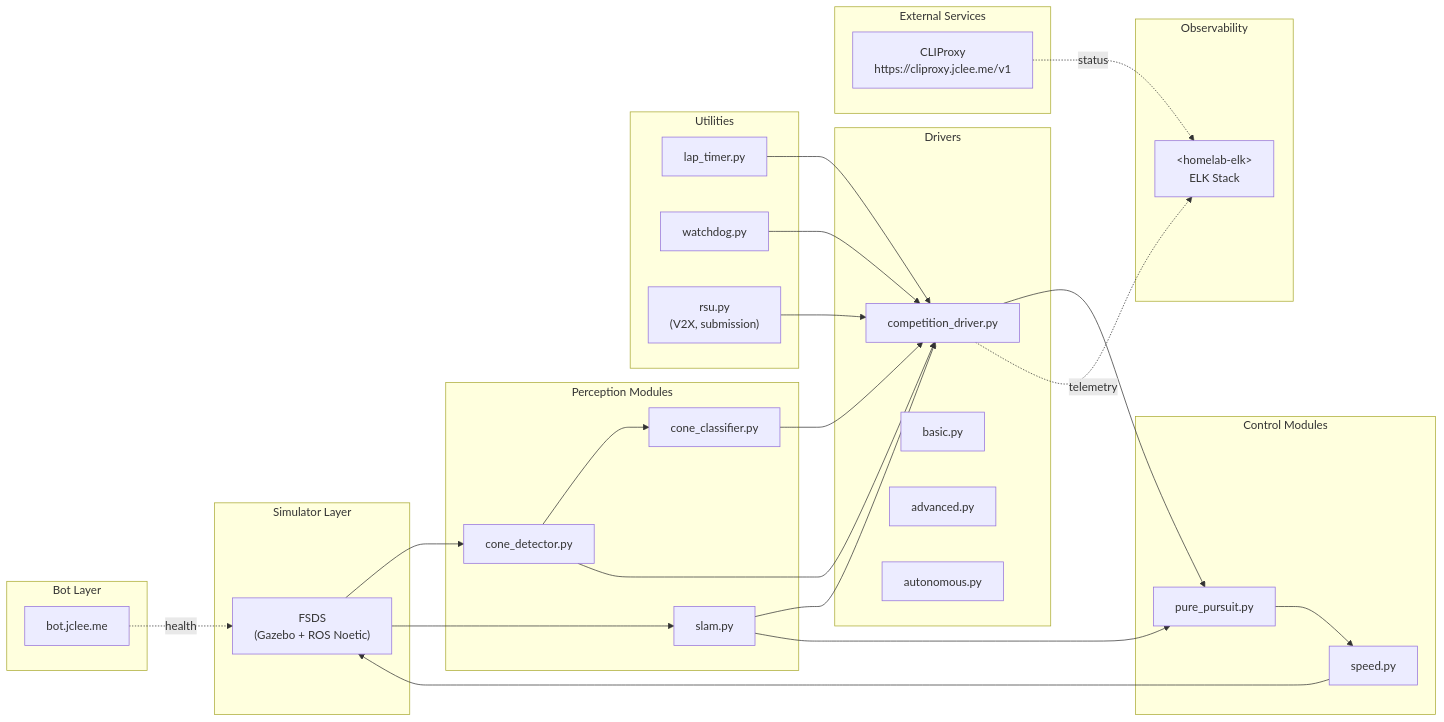
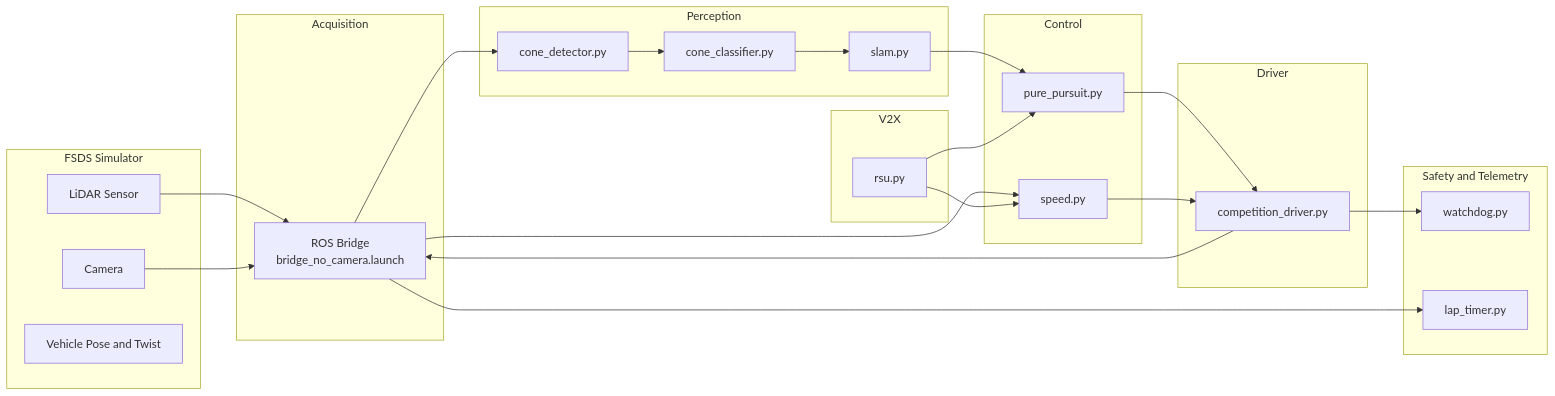
Before and after one commit to jclee941/hycu_fsds: the diagram in README.md, drawn with Mermaid. The commit also changed other lines of this file, not shown here.

````diff
--- a/README.md
+++ b/README.md
@@ -64,59 +69,51 @@
 ```mermaid
 flowchart LR
-    subgraph Sim["Simulator Layer"]
-        FSDS["FSDS<br/>(Gazebo + ROS Noetic)"]
+    subgraph SIM["FSDS Simulator"]
+        LIDAR["LiDAR Sensor"]
+        CAM["Camera"]
+        POSE["Vehicle Pose and Twist"]
     end
 
-    subgraph Per["Perception Modules"]
-        CD["cone_detector.py"]
-        CC["cone_classifier.py"]
-        SL["slam.py"]
+    subgraph IO["Acquisition"]
+        BRIDGE["ROS Bridge<br/>bridge_no_camera.launch"]
     end
 
-    subgraph Ctrl["Control Modules"]
-        PP["pure_pursuit.py"]
-        SC["speed.py"]
+    subgraph PERC["Perception"]
+        DET["cone_detector.py"]
+        CLS["cone_classifier.py"]
+        SLAM["slam.py"]
     end
 
-    subgraph Drv["Drivers"]
-        CDrv["competition_driver.py"]
-        BDrv["basic.py"]
-        ADrv["advanced.py"]
-        AUDrv["autonomous.py"]
+    subgraph V2X["V2X"]
+        RSU["rsu.py"]
     end
 
-    subgraph Util["Utilities"]
-        LT["lap_timer.py"]
-        WD["watchdog.py"]
-        V2X["rsu.py<br/>(V2X, submission)"]
+    subgraph CTRL["Control"]
+        PP["pure_pursuit.py"]
+        SPD["speed.py"]
     end
 
-    subgraph Obs["Observability"]
-        ELK["&lt;homelab-elk&gt;<br/>ELK Stack"]
+    subgraph DRV["Driver"]
+        DRIVER["competition_driver.py"]
     end
 
-    subgraph Ext["External Services"]
-        Proxy["CLIProxy<br/>https://cliproxy.jclee.me/v1"]
+    subgraph SAFE["Safety and Telemetry"]
+        WD["watchdog.py"]
+        LT["lap_timer.py"]
     end
 
-    subgraph Bot["Bot Layer"]
-        BotApi["bot.jclee.me"]
-    end
-
-    FSDS --> CD
-    FSDS --> SL
-    CD --> CC
-    CD --> CDrv
-    SL --> CDrv
-    CC --> CDrv
-    SL --> PP
-    CDrv --> PP
-    PP --> SC
-    SC --> FSDS
-    CDrv -.telemetry.-> ELK
-    LT --> CDrv
-    WD --> CDrv
-    V2X --> CDrv
-    Proxy -.status.-> ELK
-    BotApi -.health.-> FSDS
+    LIDAR --> BRIDGE
+    CAM --> BRIDGE
+    BRIDGE --> DET
+    DET --> CLS
+    CLS --> SLAM
+    SLAM --> PP
+    BRIDGE --> SPD
+    RSU --> PP
+    RSU --> SPD
+    PP --> DRIVER
+    SPD --> DRIVER
+    DRIVER --> BRIDGE
+    DRIVER --> WD
+    BRIDGE --> LT
 ```
````
